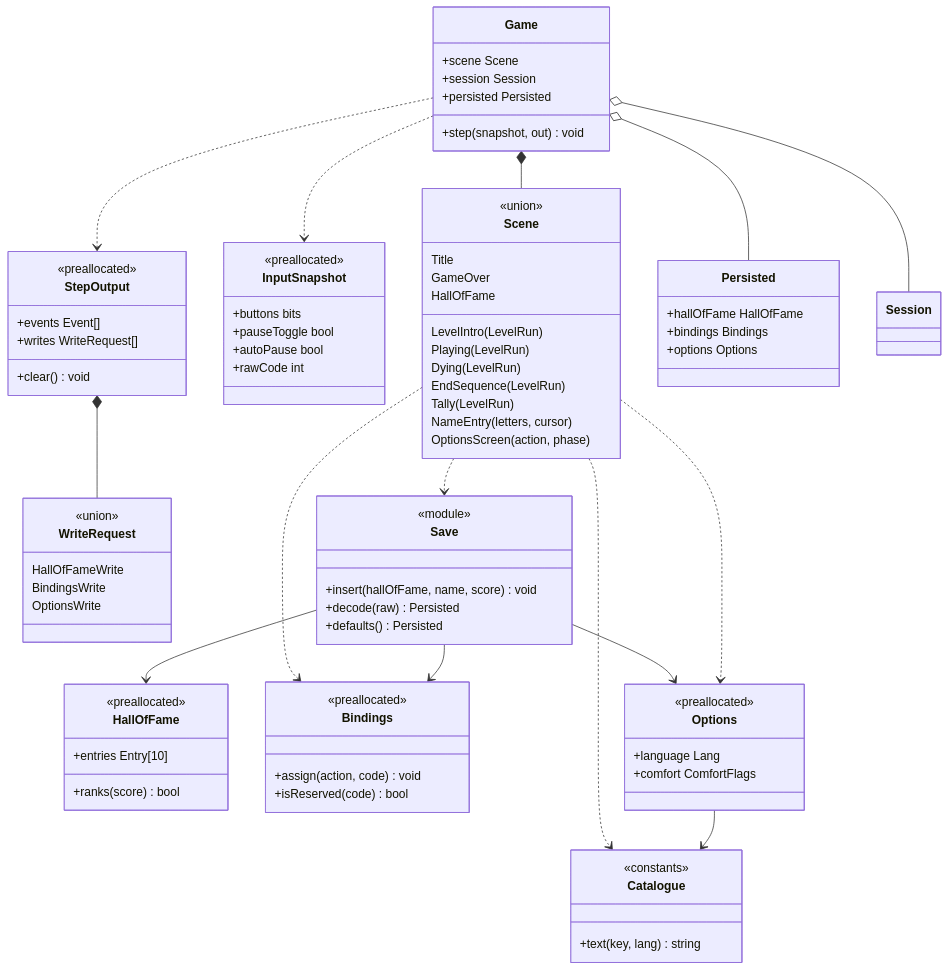
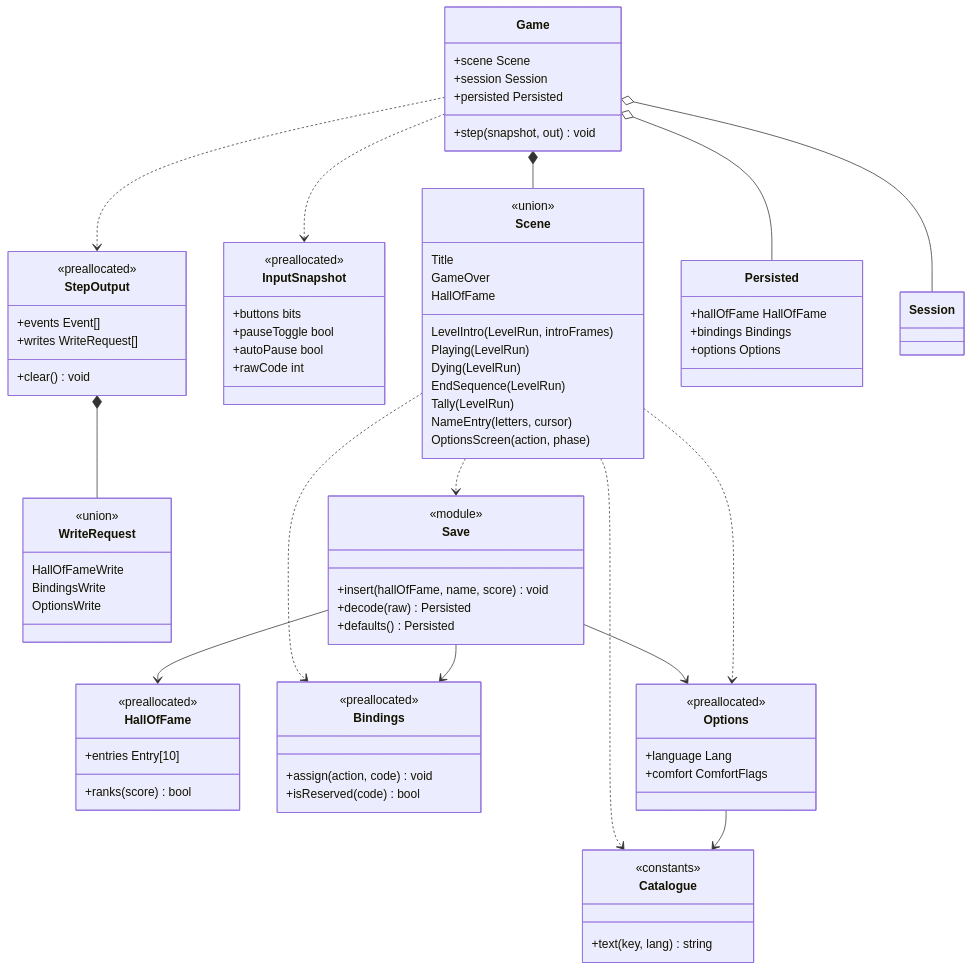
The diagram in docs/architecture/diagrams/meta/15-class-meta.md (benoit-bremaud/retro-plumber), drawn with Mermaid before and after one commit. The commit also changed other lines of this file, not shown here.

Commit message:
docs(uml): intro countdown in LevelIntro (#8)

```diff
--- a/docs/architecture/diagrams/meta/15-class-meta.md
+++ b/docs/architecture/diagrams/meta/15-class-meta.md
@@ -22,7 +22,7 @@
     class Scene {
         <<union>>
         Title
-        LevelIntro(LevelRun)
+        LevelIntro(LevelRun, introFrames)
         Playing(LevelRun)
         Dying(LevelRun)
         EndSequence(LevelRun)
```
